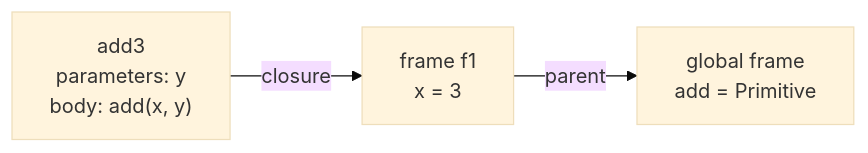
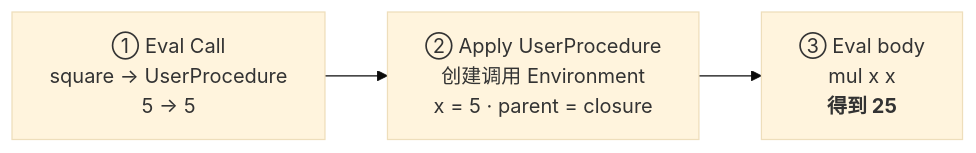
The third of 8 diagrams in source/_posts/composing-programs-runtime-abstraction.md (LittlePyx/LittlePyx.github.io), drawn with Mermaid (base theme) before and after one commit. The commit also changed other lines of this file and 9 other files, not shown here.

```diff
--- a/source/_posts/composing-programs-runtime-abstraction.md
+++ b/source/_posts/composing-programs-runtime-abstraction.md
@@ -331,5 +294,6 @@
 {% mermaid %}
 flowchart LR
-    ADD3["add3<br/>parameters: y<br/>body: add(x, y)"] -->|closure| F1["frame f1<br/>x = 3"]
-    F1 -->|parent| GLOBAL["global frame<br/>add = Primitive"]
+    EVAL["① Eval Call<br/>square → UserProcedure<br/>5 → 5"]
+    EVAL --> APPLY["② Apply UserProcedure<br/>创建调用 Environment<br/>x = 5 · parent = closure"]
+    APPLY --> BODY["③ Eval body<br/>mul x x<br/><b>得到 25</b>"]
 {% endmermaid %}
```
